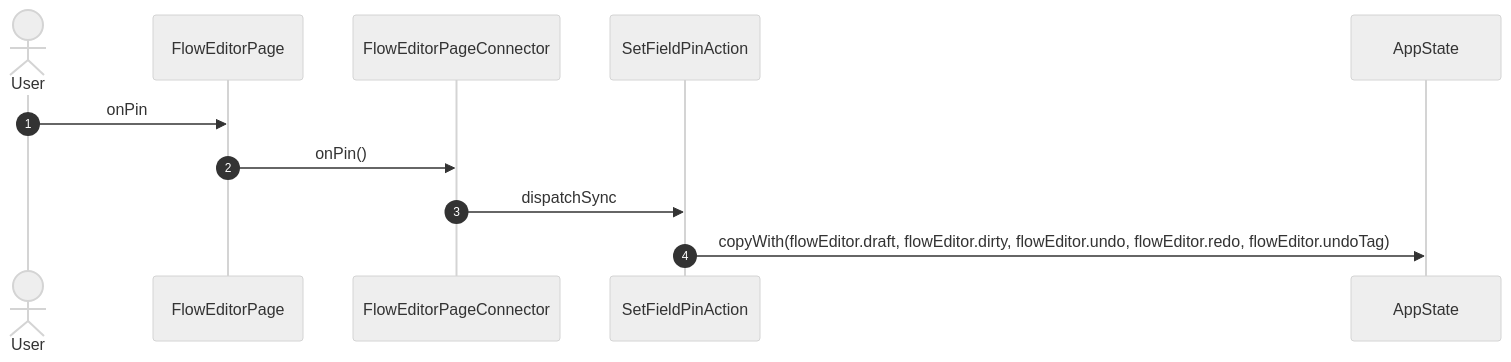
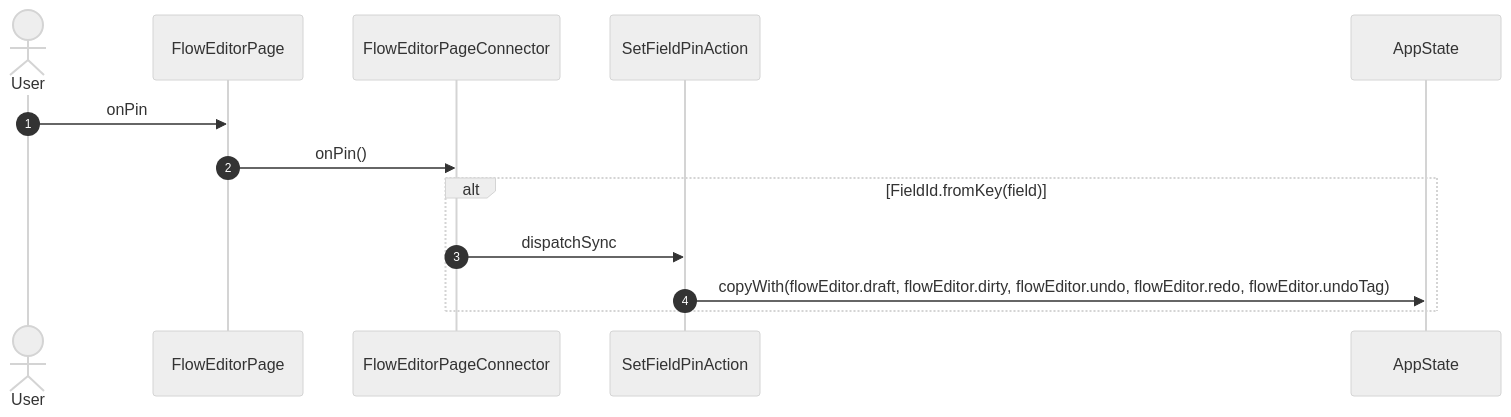
One commit to gencto/wyrm changed diagram 27 of 42 in studio/docs/flows/flowEditor.md. Above: the diagram before and after it, drawn with Mermaid (neutral theme). The commit also changed other lines of this file and 61 other files, not shown here.

First line of the commit message:
studio: flow editor: typed editor state, field ids and actions without unawaited

````diff
--- a/studio/docs/flows/flowEditor.md
+++ b/studio/docs/flows/flowEditor.md
@@ -592,14 +593,16 @@
 ```mermaid
 sequenceDiagram
     autonumber
     actor User
     participant UI as FlowEditorPage
     participant VM as FlowEditorPageConnector
     participant A1 as SetFieldPinAction
     participant ST as AppState
 
     User->>UI: onPin
     UI->>VM: onPin()
-    VM->>A1: dispatchSync
-    A1->>ST: copyWith(flowEditor.draft, flowEditor.dirty, flowEditor.undo, flowEditor.redo, flowEditor.undoTag)
+    alt FieldId.fromKey(field)
+        VM->>A1: dispatchSync
+        A1->>ST: copyWith(flowEditor.draft, flowEditor.dirty, flowEditor.undo, flowEditor.redo, flowEditor.undoTag)
+    end
 ```
````
